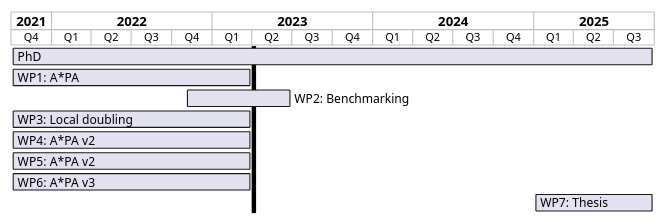
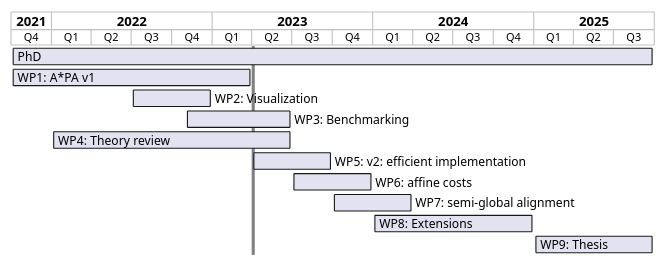
Before and after one commit to RagnarGrootKoerkamp/research: the diagram in posts/research-proposal/research-proposal.org, drawn with PlantUML. The commit also changed other lines of this file and 1 other file, not shown here.

```diff
--- a/posts/research-proposal/research-proposal.org
+++ b/posts/research-proposal/research-proposal.org
@@ -433,16 +453,18 @@
 #+begin_src plantuml :file time-schedule.png
 @startgantt
 hide footbox
 projectscale quarterly
 Project starts 2021-10-01
 [PhD] starts 2021-10-01 and ends 2025-10-01
-[WP1: A*PA] starts 2021-10-01 and ends 2023-04-01
-[WP2: Benchmarking] starts 2022-11-01 and ends 2023-07-01
-[WP3: Local doubling] starts 2021-10-01 and ends 2023-04-01
-[WP4: A*PA v2] starts 2021-10-01 and ends 2023-04-01
-[WP5: A*PA v2] starts 2021-10-01 and ends 2023-04-01
-[WP6: A*PA v3] starts 2021-10-01 and ends 2023-04-01
-[WP7: Thesis] starts 2025-01-01 and ends 2025-10-01
-2023-04-01 to 2023-04-10 is colored black
+[WP1: A*PA v1] starts 2021-10-01 and ends 2023-04-01
+[WP2: Visualization] starts 2022-07-01 and ends 2023-01-01
+[WP3: Benchmarking] starts 2022-11-01 and ends 2023-07-01
+[WP4: Theory review] starts 2022-01-01 and ends 2023-07-01
+[WP5: v2: efficient implementation] starts 2023-04-01 and ends 2023-10-01
+[WP6: affine costs] starts 2023-07-01 and ends 2024-01-01
+[WP7: semi-global alignment] starts 2023-10-01 and ends 2024-04-01
+[WP8: Extensions] starts 2024-01-01 and ends 2025-01-01
+[WP9: Thesis] starts 2025-01-01 and ends 2025-10-01
+2023-04-01 to 2023-04-07 is colored gray
 @endgantt
 #+end_src
```
